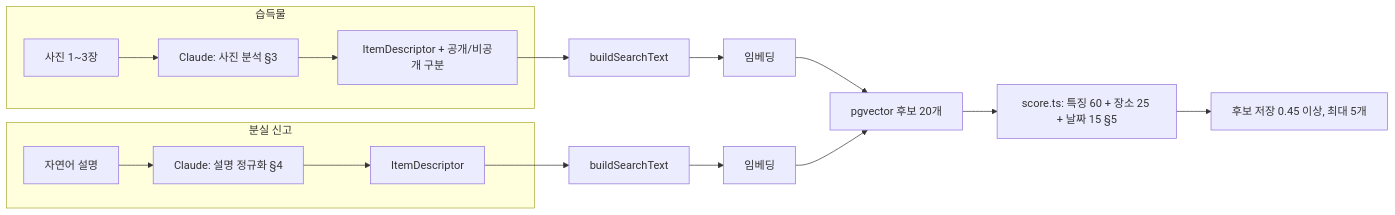
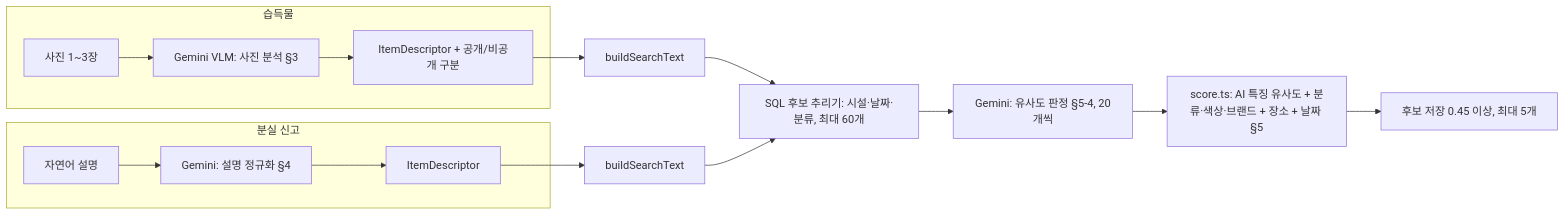
One commit to wjddns0122/itsme changed the diagram in docs/05-ai-matching.md. Above: the diagram before and after it, drawn with Mermaid. The commit also changed other lines of this file and 19 other files, not shown here.

First line of the commit message:
docs: Switch AI to Gemini and make facility search the main entry

````diff
--- a/docs/05-ai-matching.md
+++ b/docs/05-ai-matching.md
@@ -12,17 +12,18 @@
 ```mermaid
 flowchart LR
     subgraph found["습득물"]
-        P["사진 1~3장"] --> X["Claude: 사진 분석 §3"]
+        P["사진 1~3장"] --> X["Gemini VLM: 사진 분석 §3"]
         X --> D1["ItemDescriptor + 공개/비공개 구분"]
     end
     subgraph lost["분실 신고"]
-        T["자연어 설명"] --> N["Claude: 설명 정규화 §4"]
+        T["자연어 설명"] --> N["Gemini: 설명 정규화 §4"]
         N --> D2["ItemDescriptor"]
     end
-    D1 --> S1["buildSearchText"] --> E1["임베딩"]
-    D2 --> S2["buildSearchText"] --> E2["임베딩"]
-    E1 --> V["pgvector 후보 20개"]
-    E2 --> V
-    V --> SC["score.ts: 특징 60 + 장소 25 + 날짜 15 §5"]
+    D1 --> S1["buildSearchText"]
+    D2 --> S2["buildSearchText"]
+    S1 --> F["SQL 후보 추리기: 시설·날짜·분류, 최대 60개"]
+    S2 --> F
+    F --> J["Gemini: 유사도 판정 §5-4, 20개씩"]
+    J --> SC["score.ts: AI 특징 유사도 + 분류·색상·브랜드 + 장소 + 날짜 §5"]
     SC --> C["후보 저장 0.45 이상, 최대 5개"]
 ```
````
